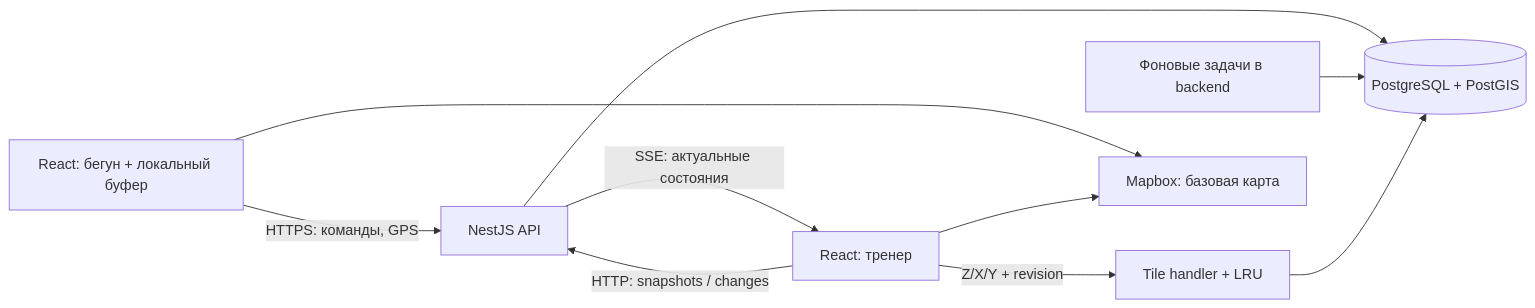
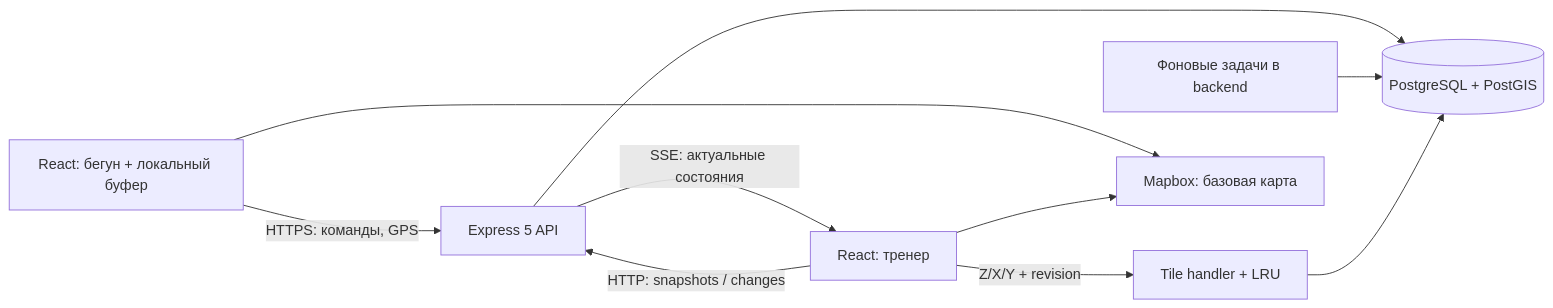
Before and after one commit to AlexTikhon/RunningTracker: the diagram in docs/SDD.md, drawn with Mermaid. The commit also changed other lines of this file and 36 other files, not shown here.

Commit message:
refactor(api): replace NestJS with Express 5

```diff
--- a/docs/SDD.md
+++ b/docs/SDD.md
@@ -59,12 +59,12 @@
 ~~~mermaid
 flowchart LR
-    R["React: бегун + локальный буфер"] -->|"HTTPS: команды, GPS"| API["NestJS API"]
+    R["React: бегун + локальный буфер"] -->|"HTTPS: команды, GPS"| API["Express 5 API"]
     C["React: тренер"] -->|"HTTP: snapshots / changes"| API
     API -->|"SSE: актуальные состояния"| C
     API --> DB[("PostgreSQL + PostGIS")]
     W["Фоновые задачи в backend"] --> DB
     C -->|"Z/X/Y + revision"| T["Tile handler + LRU"]
     T --> DB
     R --> M["Mapbox: базовая карта"]
     C --> M
 ~~~
```
